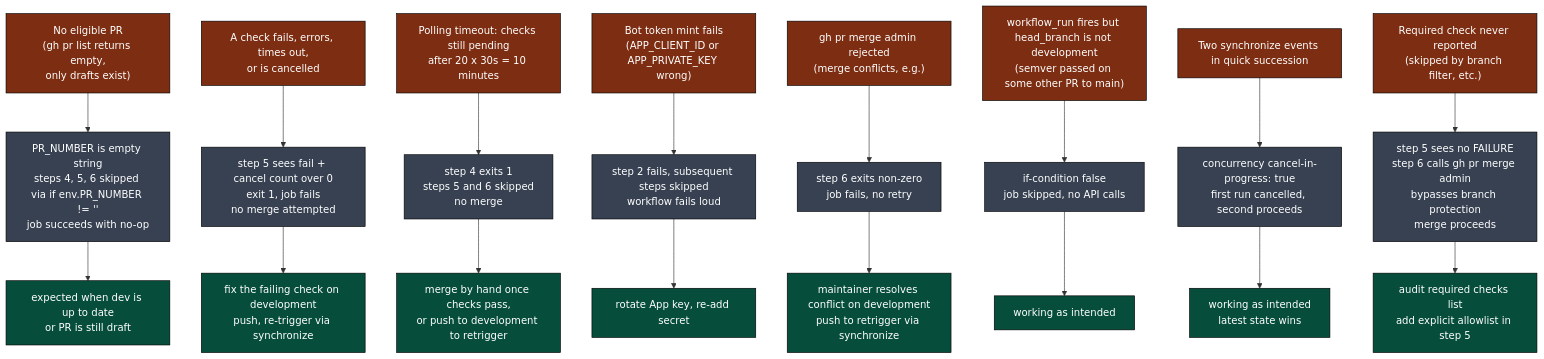
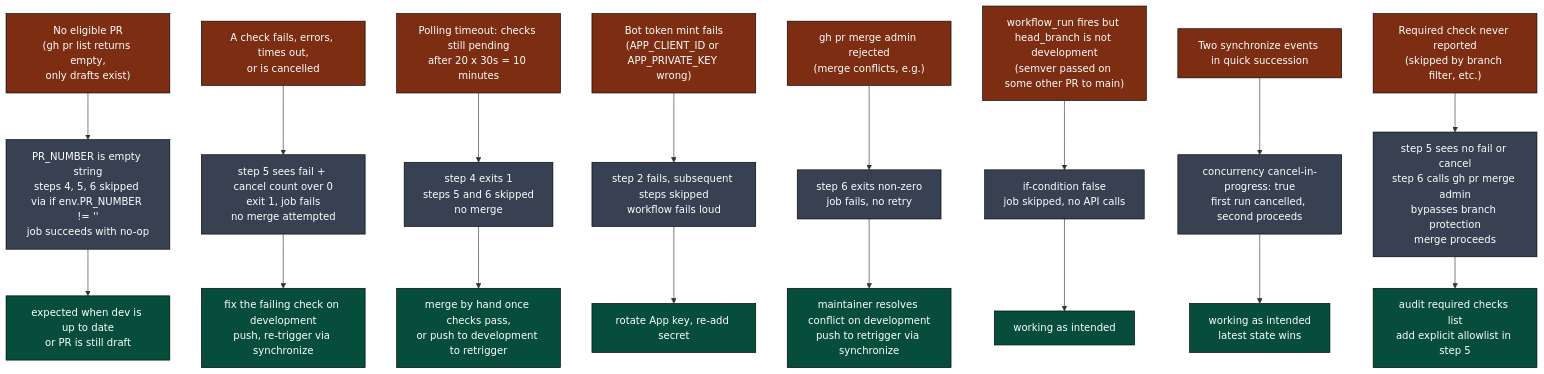
Diagram 12 of 13 in .github/docs/AUTO_MERGE_MAIN_PR_DEEP_DIVE.md (llm-exe/llm-exe), drawn with Mermaid before and after one commit.

Commit message:
docs(auto-merge): match F8's wording to the fail and cancel gate

````diff
--- a/.github/docs/AUTO_MERGE_MAIN_PR_DEEP_DIVE.md
+++ b/.github/docs/AUTO_MERGE_MAIN_PR_DEEP_DIVE.md
@@ -485,45 +485,45 @@
 ```mermaid
 flowchart TB
     classDef fail fill:#7c2d12,color:#fff,stroke:#000
     classDef effect fill:#374151,color:#fff,stroke:#000
     classDef fix fill:#064e3b,color:#fff,stroke:#000
 
     F1["No eligible PR\n(gh pr list returns empty,\nonly drafts exist)"]:::fail
     F1 --> F1E["PR_NUMBER is empty string\nsteps 4, 5, 6 skipped via if env.PR_NUMBER != ''\njob succeeds with no-op"]:::effect
     F1E --> F1X["expected when dev is up to date\nor PR is still draft"]:::fix
 
     F2["A check fails, errors, times out,\nor is cancelled"]:::fail
     F2 --> F2E["step 5 sees fail + cancel count over 0\nexit 1, job fails\nno merge attempted"]:::effect
     F2X["fix the failing check on development\npush, re-trigger via synchronize"]:::fix
     F2E --> F2X
 
     F3["Polling timeout: checks still pending\nafter 20 x 30s = 10 minutes"]:::fail
     F3 --> F3E["step 4 exits 1\nsteps 5 and 6 skipped\nno merge"]:::effect
     F3X["merge by hand once checks pass,\nor push to development to retrigger"]:::fix
     F3E --> F3X
 
     F4["Bot token mint fails\n(APP_CLIENT_ID or APP_PRIVATE_KEY wrong)"]:::fail
     F4 --> F4E["step 2 fails, subsequent steps skipped\nworkflow fails loud"]:::effect
     F4X["rotate App key, re-add secret"]:::fix
     F4E --> F4X
 
     F5["gh pr merge admin rejected\n(merge conflicts, e.g.)"]:::fail
     F5 --> F5E["step 6 exits non-zero\njob fails, no retry"]:::effect
     F5X["maintainer resolves conflict on development\npush to retrigger via synchronize"]:::fix
     F5E --> F5X
 
     F6["workflow_run fires but head_branch is not development\n(semver passed on some other PR to main)"]:::fail
     F6 --> F6E["if-condition false\njob skipped, no API calls"]:::effect
     F6X["working as intended"]:::fix
     F6E --> F6X
 
     F7["Two synchronize events in quick succession"]:::fail
     F7 --> F7E["concurrency cancel-in-progress: true\nfirst run cancelled, second proceeds"]:::effect
     F7X["working as intended\nlatest state wins"]:::fix
     F7E --> F7X
 
     F8["Required check never reported\n(skipped by branch filter, etc.)"]:::fail
-    F8 --> F8E["step 5 sees no FAILURE\nstep 6 calls gh pr merge admin\nbypasses branch protection\nmerge proceeds"]:::effect
+    F8 --> F8E["step 5 sees no fail or cancel\nstep 6 calls gh pr merge admin\nbypasses branch protection\nmerge proceeds"]:::effect
     F8X["audit required checks list\nadd explicit allowlist in step 5"]:::fix
     F8E --> F8X
 ```
````
